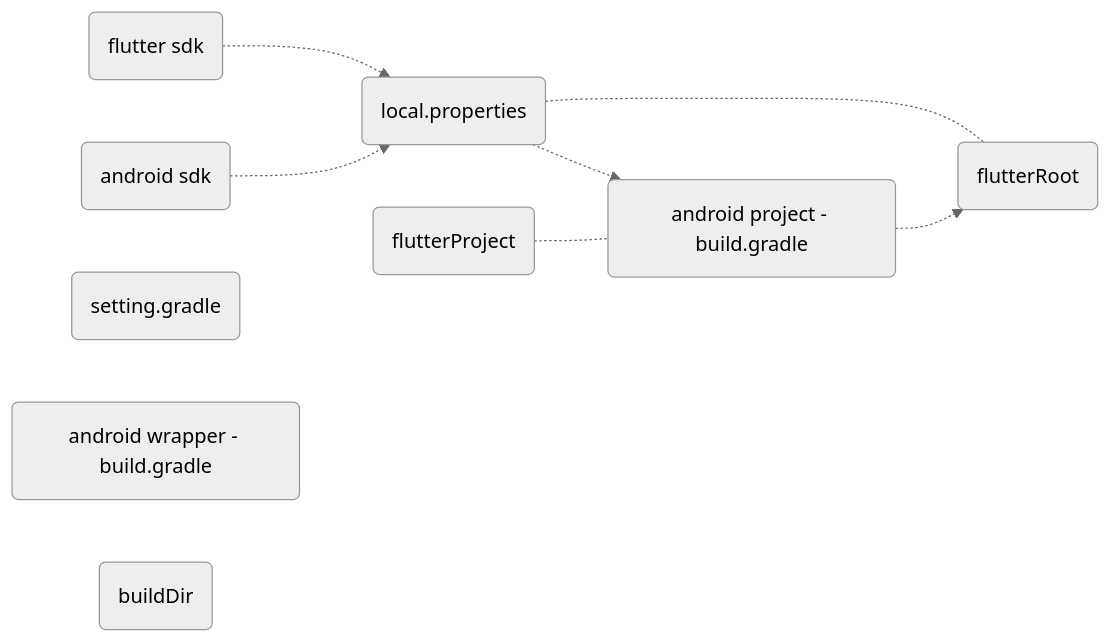
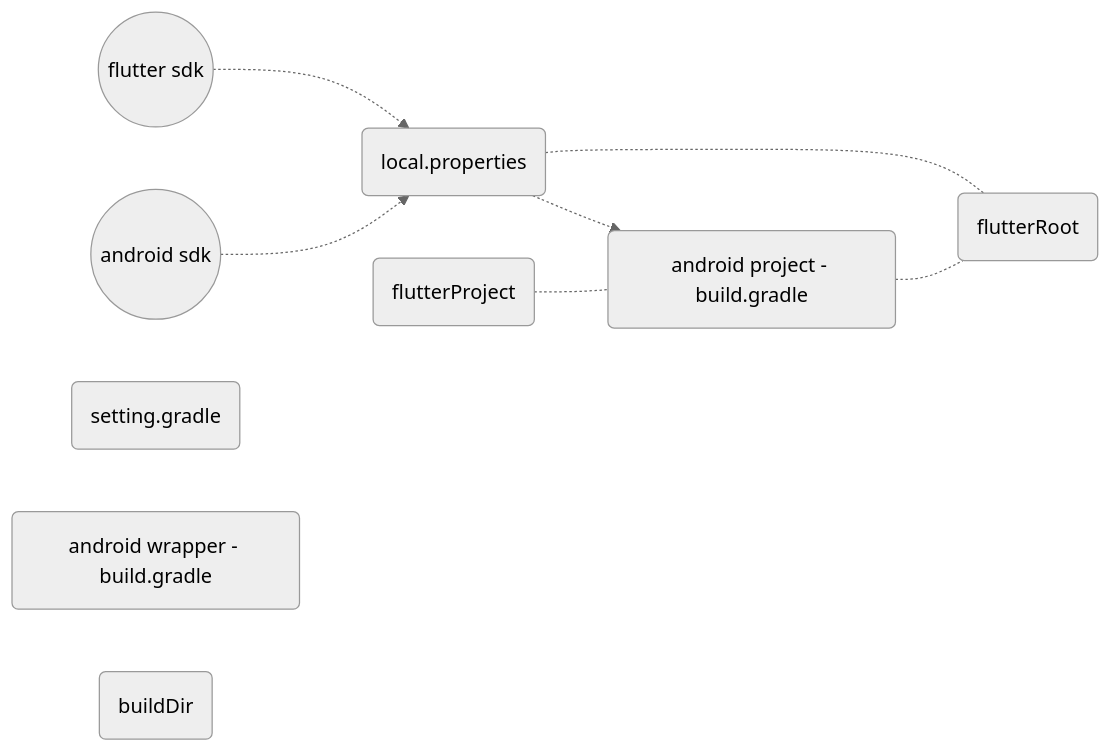
One commit to gordianknotC/nxp_note changed the second of 3 diagrams in flutter/addAndroidProjIntoFlutter.md. Above: the diagram before and after it, drawn with Mermaid (neutral theme). The commit also changed other lines of this file, not shown here.

Commit message:
flutter/addAndroidProjIntoFlutter.md updated from https://stackedit.io/

````diff
--- a/flutter/addAndroidProjIntoFlutter.md
+++ b/flutter/addAndroidProjIntoFlutter.md
@@ -241,20 +241,20 @@
 ```mermaid
 graph LR
-	fdk(flutter sdk)
-	adk(android sdk)
+	fdk((flutter sdk))
+	adk((android sdk))
 	loc(local.properties)
 	
 	set(setting.gradle)
 	b1(android wrapper - build.gradle)
 	b2(android project - build.gradle)
 	dfr(flutterRoot)
 	dfp(flutterProject)
 	dfb(buildDir)
 	
 	fdk -.-> loc
 	adk -.-> loc
 	loc -.-> b2
 	loc -.- dfr
-	b2 -.-> dfr
+	b2 -.- dfr
 	dfp -.- b2
 ```
````
